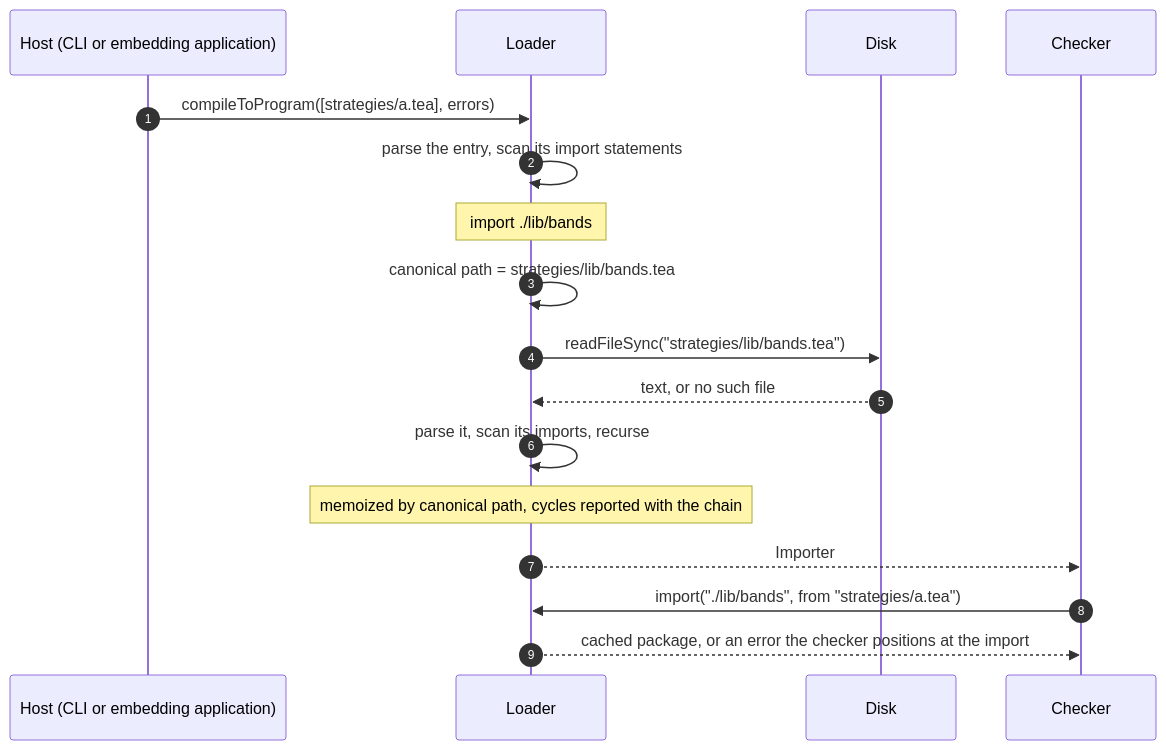
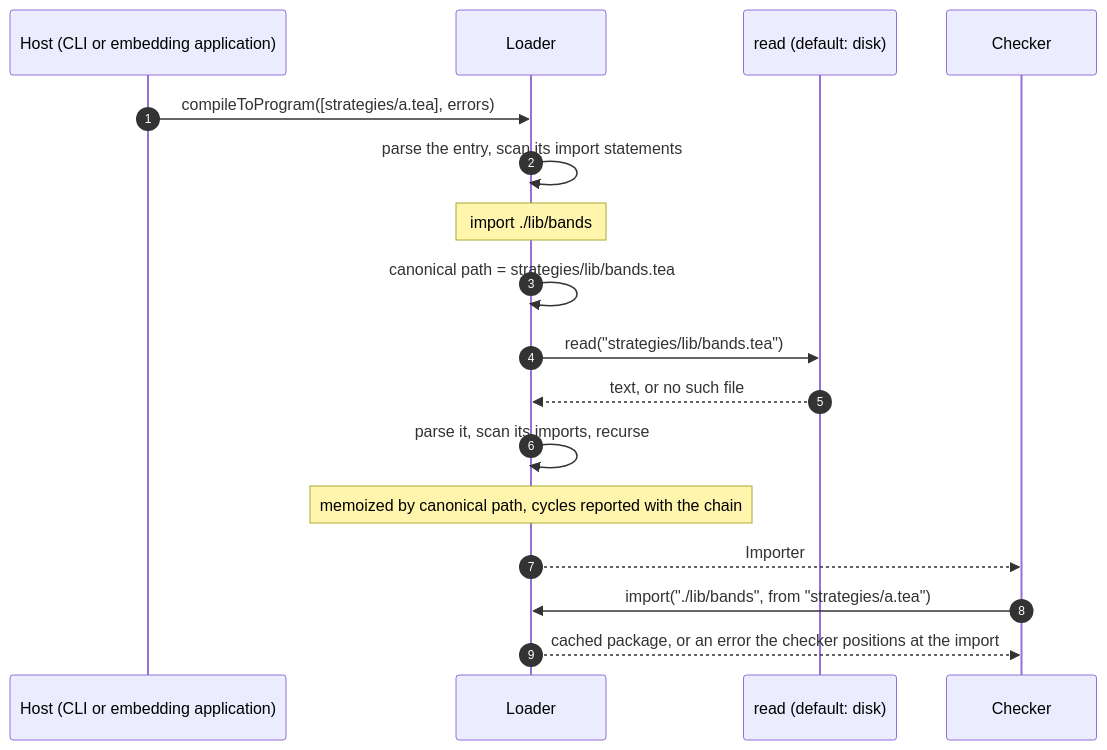
Before and after one commit to longsurf-ai/tea-lang: the diagram in docs/imports.md, drawn with Mermaid. The commit also changed other lines of this file and 41 other files, not shown here.

````diff
--- a/docs/imports.md
+++ b/docs/imports.md
@@ -76,20 +76,20 @@
 ```mermaid
 sequenceDiagram
   autonumber
   participant H as Host (CLI or embedding application)
   participant L as Loader
-  participant D as Disk
+  participant D as read (default: disk)
   participant K as Checker
 
   H->>L: compileToProgram([strategies/a.tea], errors)
   L->>L: parse the entry, scan its import statements
   Note over L: import ./lib/bands
   L->>L: canonical path = strategies/lib/bands.tea
-  L->>D: readFileSync("strategies/lib/bands.tea")
+  L->>D: read("strategies/lib/bands.tea")
   D-->>L: text, or no such file
   L->>L: parse it, scan its imports, recurse
   Note over L: memoized by canonical path, cycles reported with the chain
   L-->>K: Importer
   K->>L: import("./lib/bands", from "strategies/a.tea")
   L-->>K: cached package, or an error the checker positions at the import
 ```
````
